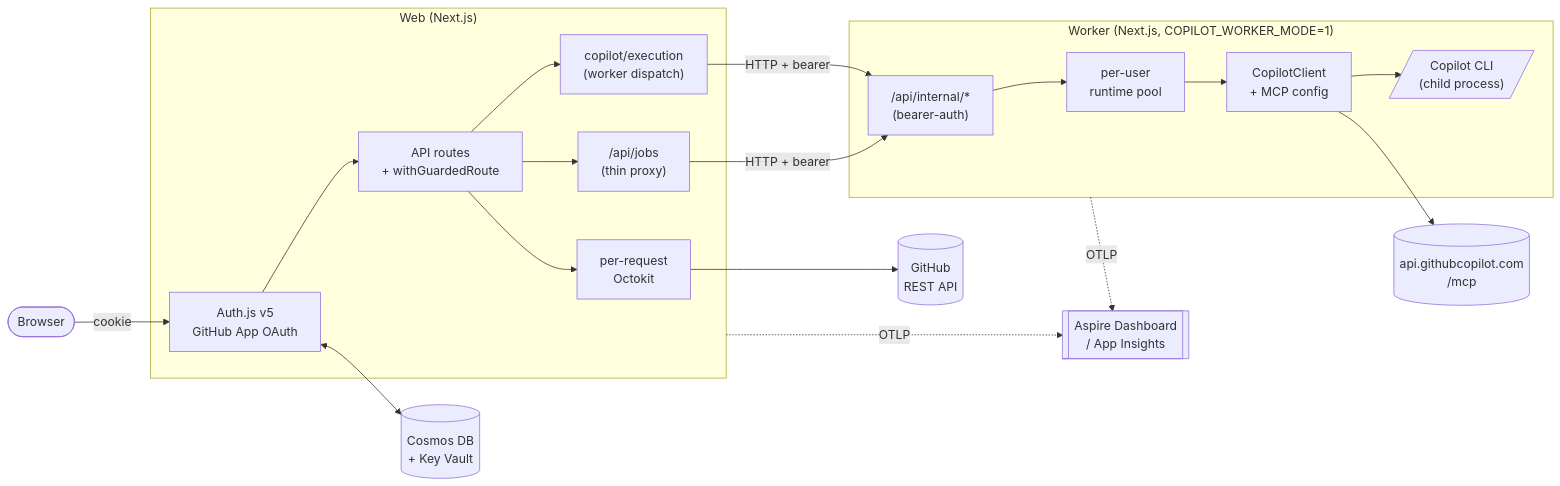
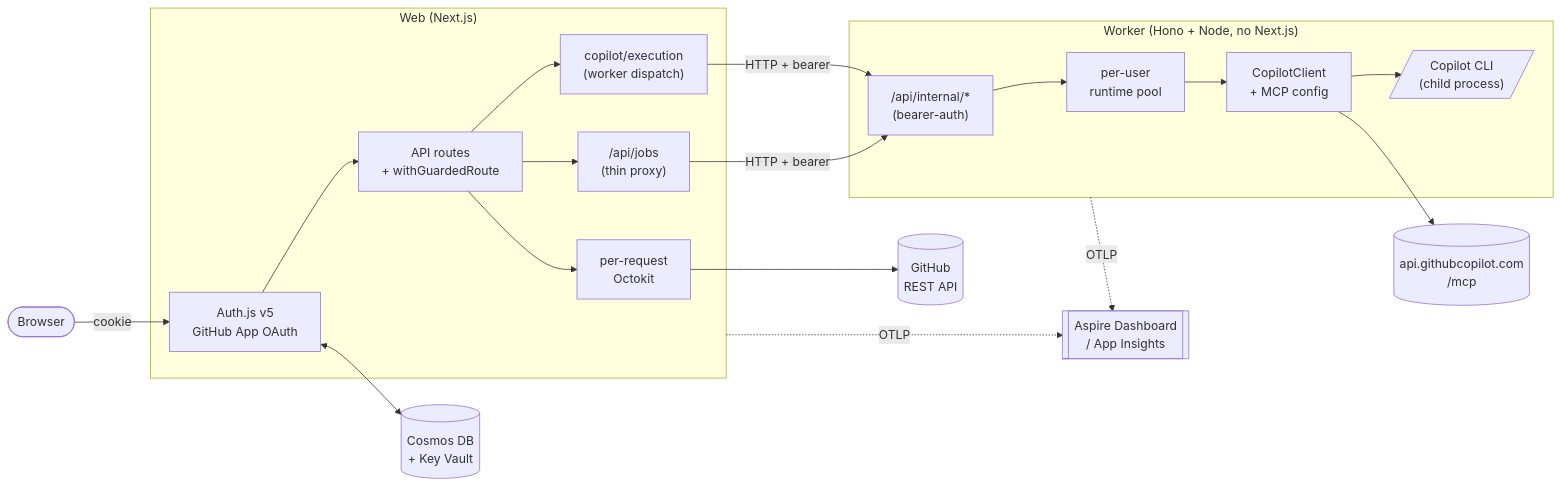
One commit to chrisreddington/flight-school changed the first of 6 diagrams in docs/architecture.md. Above: the diagram before and after it, drawn with Mermaid. The commit also changed other lines of this file and 61 other files, not shown here.

````diff
--- a/docs/architecture.md
+++ b/docs/architecture.md
@@ -35,35 +36,35 @@
 ```mermaid
 flowchart LR
     Browser([Browser])
 
     subgraph Web["Web (Next.js)"]
         AuthJS["Auth.js v5<br/>GitHub App OAuth"]
         Route["API routes<br/>+ withGuardedRoute"]
         Oct["per-request<br/>Octokit"]
         Exec["copilot/execution<br/>(worker dispatch)"]
         JobsApi["/api/jobs<br/>(thin proxy)"]
     end
 
-    subgraph Worker["Worker (Next.js, COPILOT_WORKER_MODE=1)"]
+    subgraph Worker["Worker (Hono + Node, no Next.js)"]
         WInternal["/api/internal/*<br/>(bearer-auth)"]
         Pool["per-user<br/>runtime pool"]
         SDK["CopilotClient<br/>+ MCP config"]
         CLI[/"Copilot CLI<br/>(child process)"/]
     end
 
     GH[(GitHub<br/>REST API)]
     MCPSrv[(api.githubcopilot.com<br/>/mcp)]
     TokenStore[(Cosmos DB<br/>+ Key Vault)]
     OTel[[Aspire Dashboard<br/>/ App Insights]]
 
     Browser -->|cookie| AuthJS
     AuthJS --> Route
     Route --> Oct --> GH
     Route --> Exec -->|HTTP + bearer| WInternal
     Route --> JobsApi -->|HTTP + bearer| WInternal
     WInternal --> Pool --> SDK --> CLI
     SDK --> MCPSrv
     AuthJS <--> TokenStore
     Web -. OTLP .-> OTel
     Worker -. OTLP .-> OTel
 ```
````
